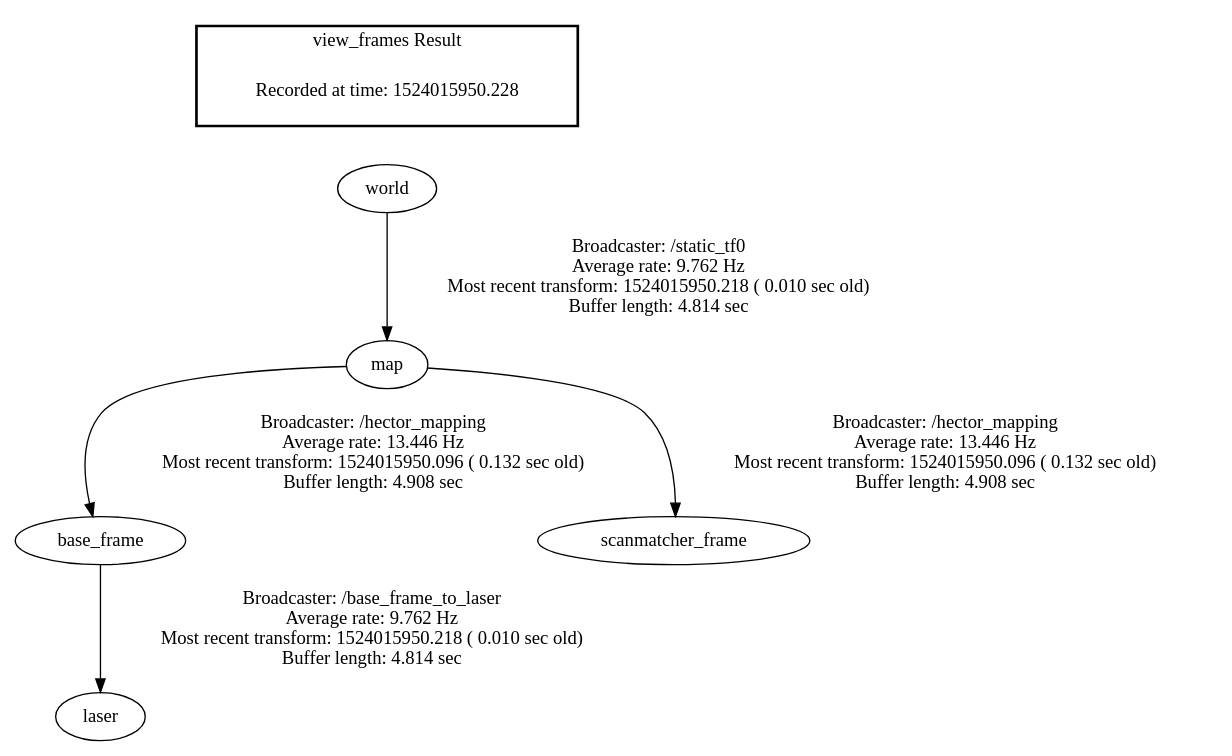
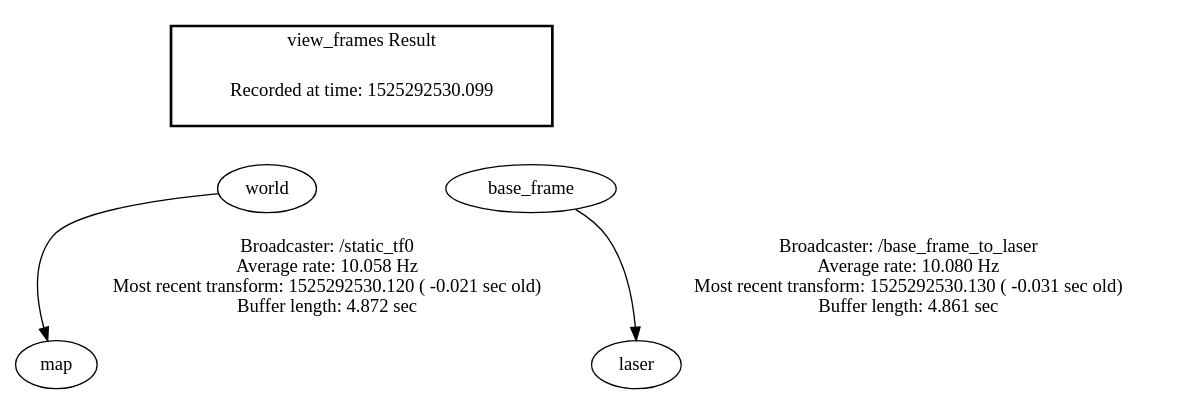
Before and after one commit to anlam915/rc_car: the diagram in src/rc_car/bagfiles/frames.gv, drawn with Graphviz. The commit also changed 5 other files, not shown here.

```diff
--- a/src/rc_car/bagfiles/frames.gv
+++ b/src/rc_car/bagfiles/frames.gv
@@ -1,10 +1,12 @@
 digraph G {
-"map" -> "base_frame"[label="Broadcaster: /hector_mapping\nAverage rate: 13.446 Hz\nMost recent transform: 1524015950.096 ( 0.132 sec old)\nBuffer length: 4.908 sec\n"];
-"world" -> "map"[label="Broadcaster: /static_tf0\nAverage rate: 9.762 Hz\nMost recent transform: 1524015950.218 ( 0.010 sec old)\nBuffer length: 4.814 sec\n"];
-"map" -> "scanmatcher_frame"[label="Broadcaster: /hector_mapping\nAverage rate: 13.446 Hz\nMost recent transform: 1524015950.096 ( 0.132 sec old)\nBuffer length: 4.908 sec\n"];
-"base_frame" -> "laser"[label="Broadcaster: /base_frame_to_laser\nAverage rate: 9.762 Hz\nMost recent transform: 1524015950.218 ( 0.010 sec old)\nBuffer length: 4.814 sec\n"];
+"world" -> "map"[label="Broadcaster: /static_tf0\nAverage rate: 10.058 Hz\nMost recent transform: 1525292530.120 ( -0.021 sec old)\nBuffer length: 4.872 sec\n"];
+"base_frame" -> "laser"[label="Broadcaster: /base_frame_to_laser\nAverage rate: 10.080 Hz\nMost recent transform: 1525292530.130 ( -0.031 sec old)\nBuffer length: 4.861 sec\n"];
 edge [style=invis];
  subgraph cluster_legend { style=bold; color=black; label ="view_frames Result";
-"Recorded at time: 1524015950.228"[ shape=plaintext ] ;
+"Recorded at time: 1525292530.099"[ shape=plaintext ] ;
  }->"world";
+edge [style=invis];
+ subgraph cluster_legend { style=bold; color=black; label ="view_frames Result";
+"Recorded at time: 1525292530.099"[ shape=plaintext ] ;
+ }->"base_frame";
 }
```
